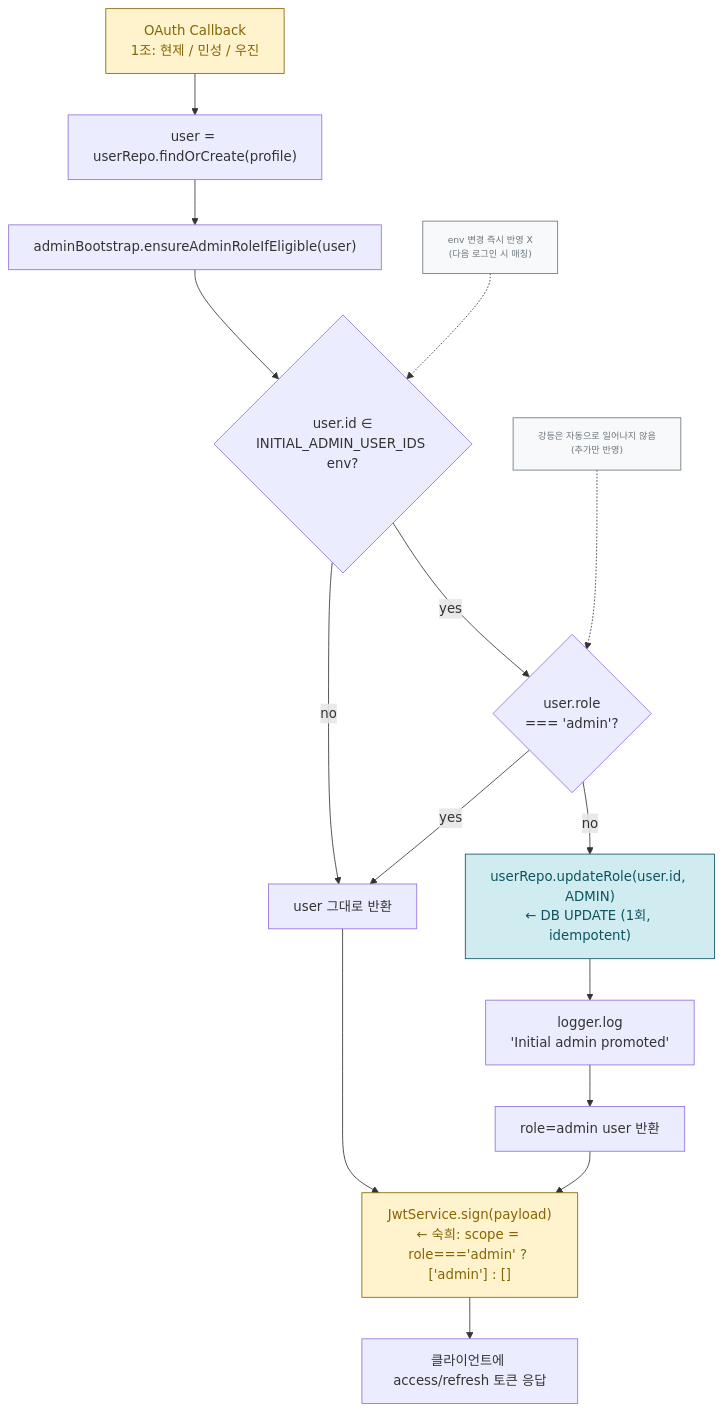
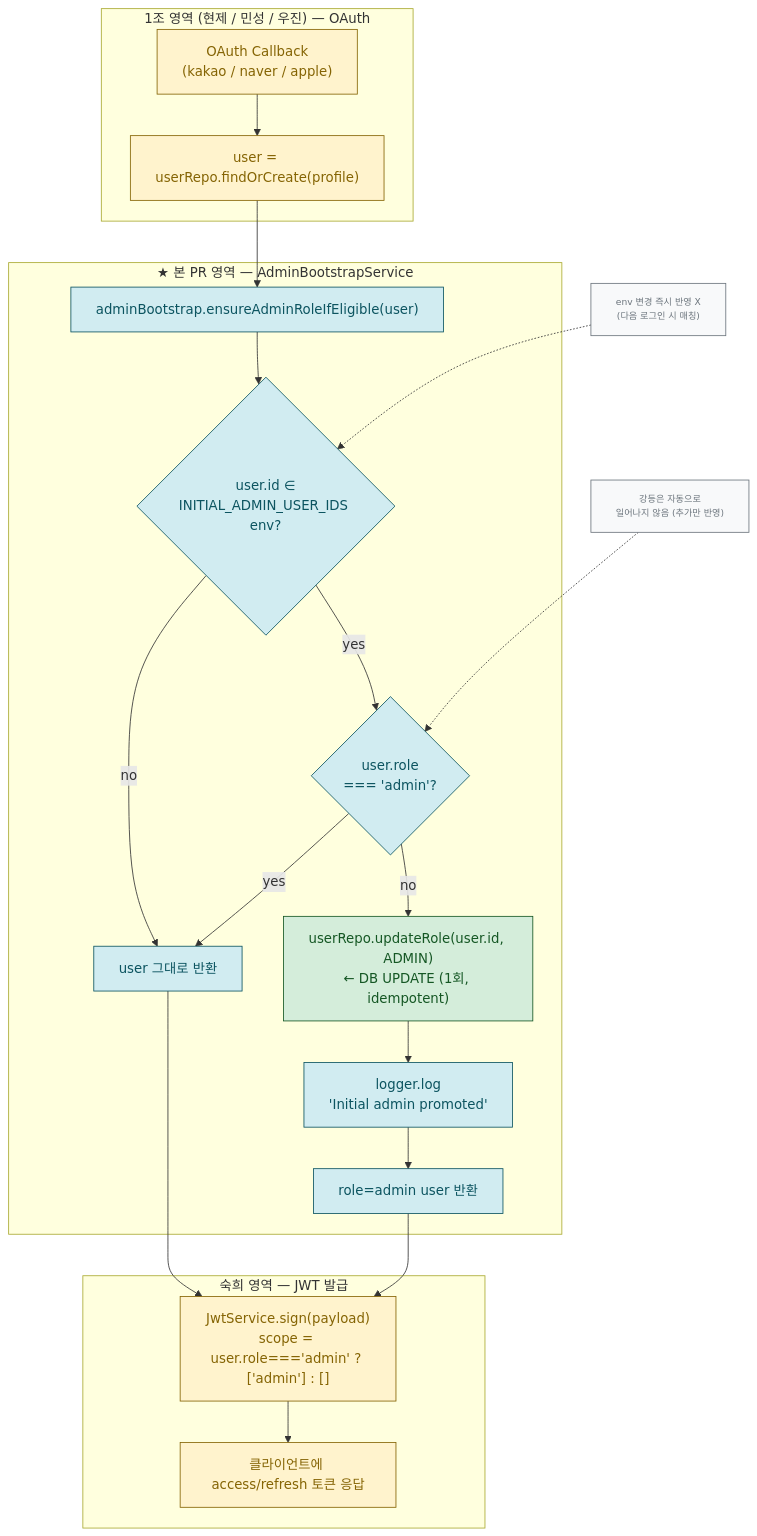
One commit to Wara-by-Gara/Wara changed the diagram in docs/architecture/admin-bootstrap-flow.mmd. Above: the diagram before and after it, drawn with Mermaid. The commit also changed 1 other file, not shown here.

Commit message:
docs(architecture): admin-bootstrap-flow 영역 구분 보완
내부 검토 결과 JwtService.sign 노드가 본 PR 영역으로 오해될 수 있어
subgraph로 세 영역 명확히 구분.

- 1조 영역 (OAuth) — OAuth Callback, findOrCreate
- 본 PR 영역 (★) — ensureAdminRoleIfEligible 로직 + DB UPDATE
- 숙희 영역 (JWT) — JwtService.sign, 토큰 응답

각 영역별 색상 구분 및 책임 명시.

```diff
--- a/docs/architecture/admin-bootstrap-flow.mmd
+++ b/docs/architecture/admin-bootstrap-flow.mmd
@@ -1,28 +1,47 @@
 flowchart TD
-    OAuth["OAuth Callback<br/>1조: 현제 / 민성 / 우진"] --> FindOrCreate["user = userRepo.findOrCreate(profile)"]
-    FindOrCreate --> Ensure["adminBootstrap.ensureAdminRoleIfEligible(user)"]
-    Ensure --> Check{"user.id ∈<br/>INITIAL_ADMIN_USER_IDS env?"}
+    subgraph G1 ["1조 영역 (현제 / 민성 / 우진) — OAuth"]
+        OAuth["OAuth Callback<br/>(kakao / naver / apple)"]
+        FindOrCreate["user = userRepo.findOrCreate(profile)"]
+    end
 
-    Check -- no --> ReturnAsIs["user 그대로 반환"]
-    Check -- yes --> AlreadyAdmin{"user.role<br/>=== 'admin'?"}
+    subgraph Ours ["★ 본 PR 영역 — AdminBootstrapService"]
+        Ensure["adminBootstrap.ensureAdminRoleIfEligible(user)"]
+        Check{"user.id ∈<br/>INITIAL_ADMIN_USER_IDS env?"}
+        AlreadyAdmin{"user.role<br/>=== 'admin'?"}
+        Update["userRepo.updateRole(user.id, ADMIN)<br/>← DB UPDATE (1회, idempotent)"]
+        Log["logger.log<br/>'Initial admin promoted'"]
+        ReturnAsIs["user 그대로 반환"]
+        ReturnAdmin["role=admin user 반환"]
+    end
 
+    subgraph G2 ["숙희 영역 — JWT 발급"]
+        JWT["JwtService.sign(payload)<br/>scope = user.role==='admin' ? ['admin'] : []"]
+        Response["클라이언트에 access/refresh 토큰 응답"]
+    end
+
+    OAuth --> FindOrCreate
+    FindOrCreate --> Ensure
+    Ensure --> Check
+    Check -- no --> ReturnAsIs
+    Check -- yes --> AlreadyAdmin
     AlreadyAdmin -- yes --> ReturnAsIs
-    AlreadyAdmin -- no --> Update["userRepo.updateRole(user.id, ADMIN)<br/>← DB UPDATE (1회, idempotent)"]
-    Update --> Log["logger.log<br/>'Initial admin promoted'"]
-    Log --> ReturnAdmin["role=admin user 반환"]
-
-    ReturnAsIs --> JWT["JwtService.sign(payload)<br/>← 숙희: scope = role==='admin' ? ['admin'] : []"]
+    AlreadyAdmin -- no --> Update
+    Update --> Log
+    Log --> ReturnAdmin
+    ReturnAsIs --> JWT
     ReturnAdmin --> JWT
-    JWT --> Response["클라이언트에 access/refresh 토큰 응답"]
+    JWT --> Response
 
     Note1["env 변경 즉시 반영 X<br/>(다음 로그인 시 매칭)"]
-    Note2["강등은 자동으로 일어나지 않음<br/>(추가만 반영)"]
+    Note2["강등은 자동으로<br/>일어나지 않음 (추가만 반영)"]
     Note1 -.-> Check
     Note2 -.-> AlreadyAdmin
 
-    classDef extn fill:#fff3cd,stroke:#856404,color:#856404
-    classDef db fill:#d1ecf1,stroke:#0c5460,color:#0c5460
+    classDef external fill:#fff3cd,stroke:#856404,color:#856404
+    classDef ours fill:#d1ecf1,stroke:#0c5460,color:#0c5460
+    classDef db fill:#d4edda,stroke:#155724,color:#155724
     classDef note fill:#f8f9fa,stroke:#6c757d,color:#6c757d,font-size:11px
-    class OAuth,JWT extn
+    class OAuth,FindOrCreate,JWT,Response external
+    class Ensure,Check,AlreadyAdmin,Log,ReturnAsIs,ReturnAdmin ours
     class Update db
     class Note1,Note2 note
```
